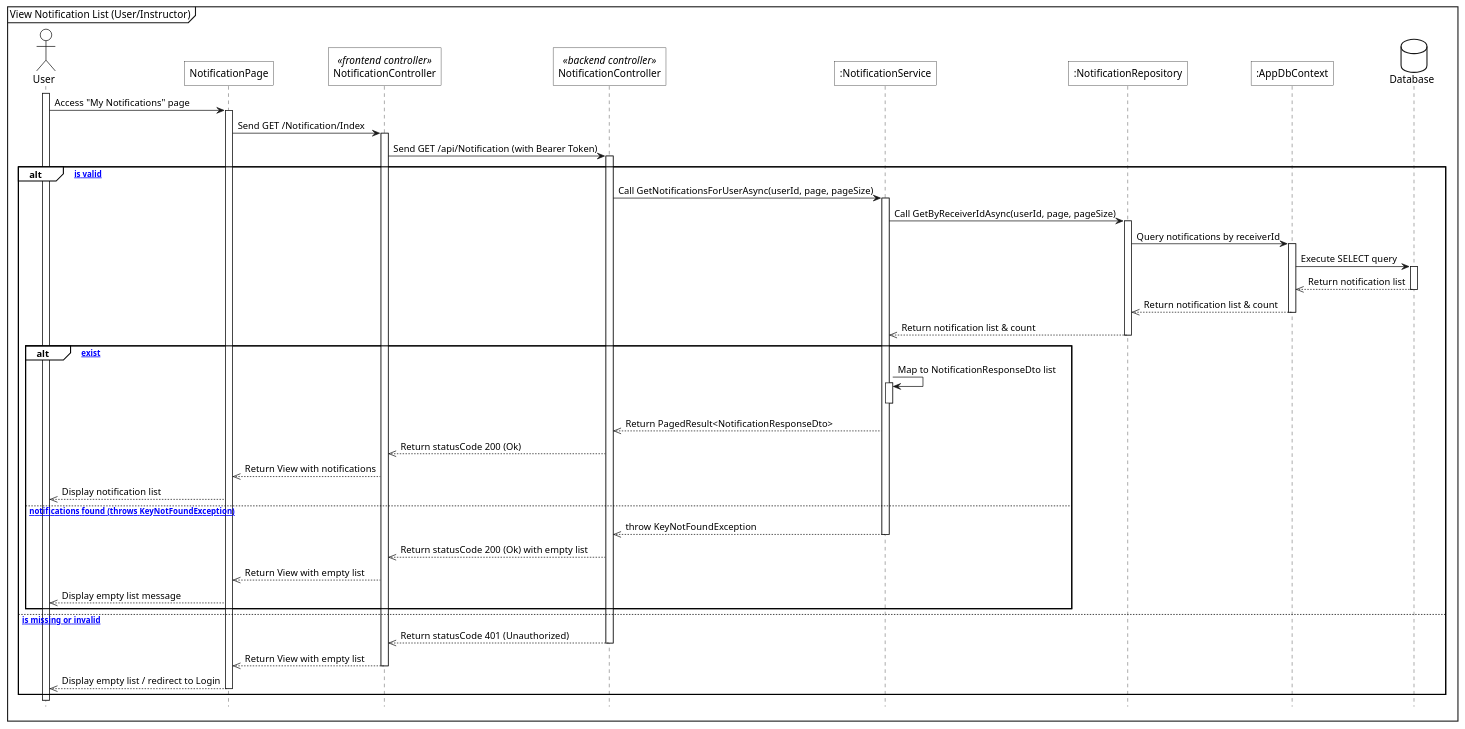
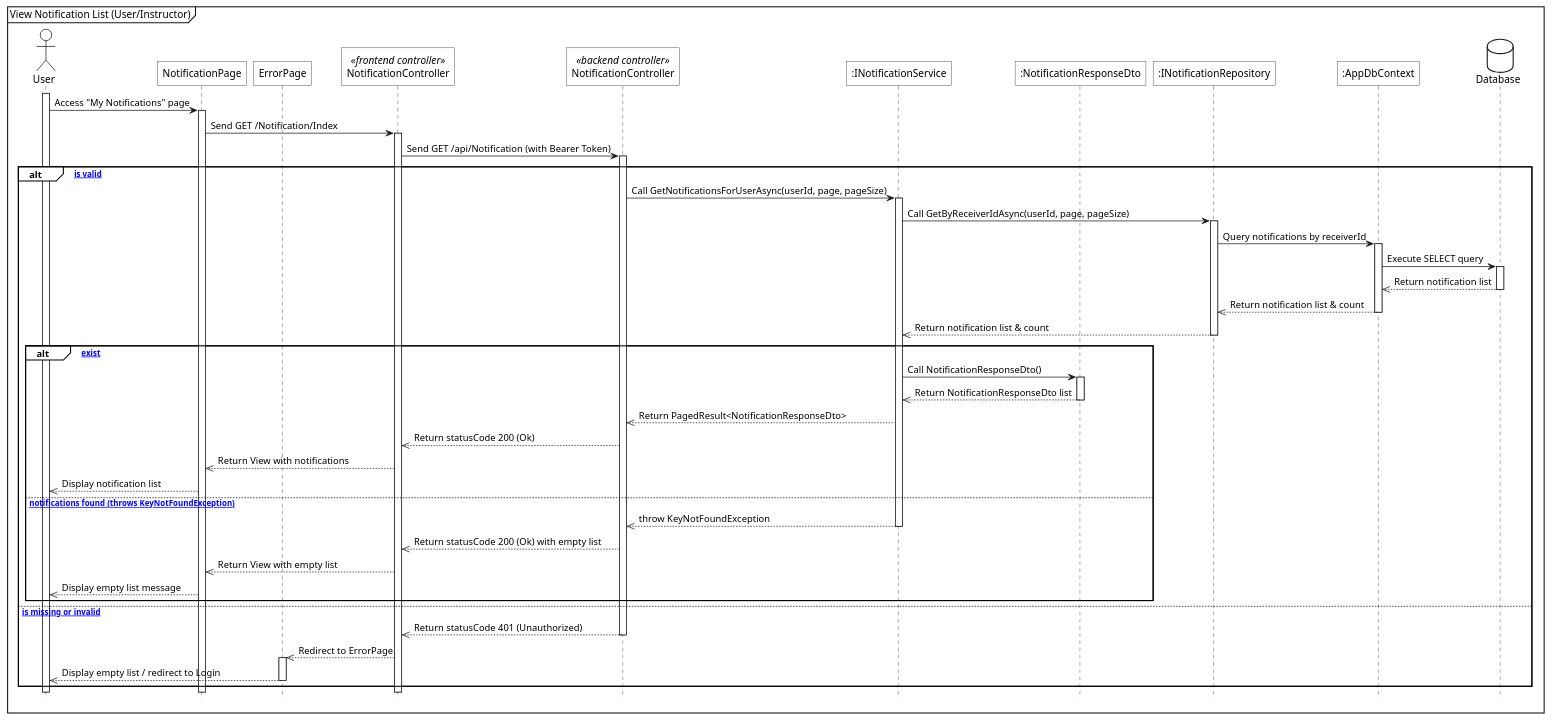
The diagram in diagrams/sequence/notification/sq_view_notification_list.plantuml (1000do/Linked), drawn with PlantUML before and after one commit. The commit also changed 24 other files, not shown here.

Commit message:
feat: generate sequence diagrams for system features and implement a migration script to standardize diagram naming and error handling patterns

```diff
--- a/diagrams/sequence/notification/sq_view_notification_list.plantuml
+++ b/diagrams/sequence/notification/sq_view_notification_list.plantuml
@@ -1,74 +1,76 @@
 @startuml
 <style>
     sequenceDiagram{
         actor{
             BackgroundColor white
             LineThickness 1.0
         }
         participant{
             BackgroundColor white
             RoundCorner 0
         }
         database{
             BackgroundColor white
         }
         groupHeader{
             BackgroundColor white
         }
         referenceHeader{
             BackgroundColor white
         }
         reference{
             BackgroundColor white
         }
     }
 </style>
 
 hide footbox
 
 mainframe View Notification List (User/Instructor)
 
 actor User as act
 participant "NotificationPage" as view
+participant "ErrorPage" as error_page
 participant "NotificationController" as fe_ctrl <<frontend controller>>
 participant "NotificationController" as be_ctrl <<backend controller>>
-participant ":NotificationService" as sv
-participant ":NotificationRepository" as repo
+participant ":INotificationService" as sv
+participant ":NotificationResponseDto" as notif_dto
+participant ":INotificationRepository" as repo
 participant ":AppDbContext" as ctx
 database Database as db
 
 act++
 act->view++: Access "My Notifications" page
 view->fe_ctrl++: Send GET /Notification/Index
 
 fe_ctrl->be_ctrl++: Send GET /api/Notification (with Bearer Token)
 
 alt [Token is valid]
     be_ctrl->sv++: Call GetNotificationsForUserAsync(userId, page, pageSize)
     sv->repo++: Call GetByReceiverIdAsync(userId, page, pageSize)
     repo->ctx++: Query notifications by receiverId
     ctx->db++: Execute SELECT query
     db-->>ctx--: Return notification list
     ctx-->>repo--: Return notification list & count
     repo-->>sv--: Return notification list & count
     
     alt [notifications exist]
-        sv->sv++: Map to NotificationResponseDto list
-        sv--
+        sv->notif_dto++: Call NotificationResponseDto()
+        notif_dto-->>sv--: Return NotificationResponseDto list
         sv-->>be_ctrl: Return PagedResult<NotificationResponseDto>
         be_ctrl-->>fe_ctrl: Return statusCode 200 (Ok)
         fe_ctrl-->>view: Return View with notifications
         view-->>act: Display notification list
     else [no notifications found (throws KeyNotFoundException)]
         sv-->>be_ctrl--: throw KeyNotFoundException
         be_ctrl-->>fe_ctrl: Return statusCode 200 (Ok) with empty list
         fe_ctrl-->>view: Return View with empty list
         view-->>act: Display empty list message
     end
 else [Token is missing or invalid]
     be_ctrl-->>fe_ctrl--: Return statusCode 401 (Unauthorized)
-    fe_ctrl-->>view--: Return View with empty list
-    view-->>act--: Display empty list / redirect to Login
+    fe_ctrl-->>error_page++: Redirect to ErrorPage
+    error_page-->>act--: Display empty list / redirect to Login
 end
 
 @enduml
```
